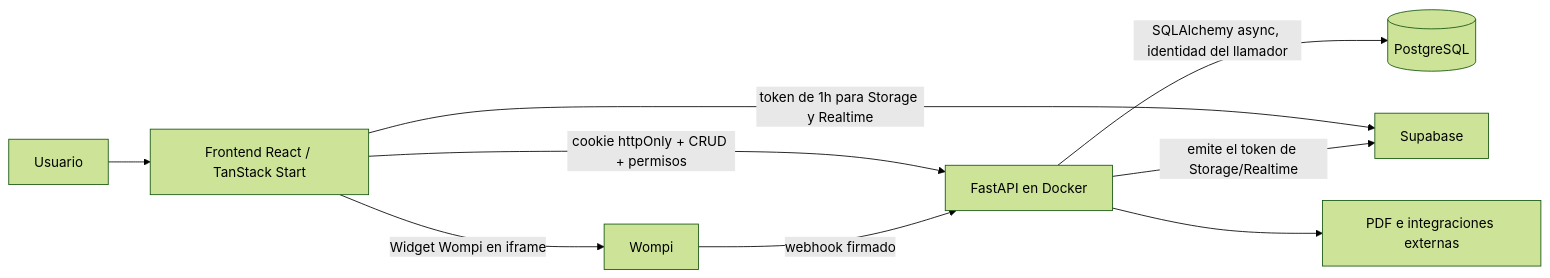
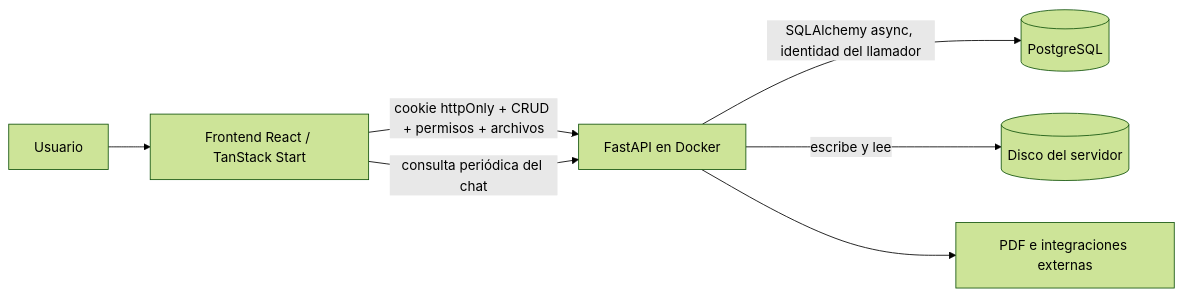
Before and after one commit to Uber830/lumen: the diagram in ARCHITECTURE.md, drawn with Mermaid (forest theme). The commit also changed other lines of this file and 7 other files, not shown here.

````diff
--- a/ARCHITECTURE.md
+++ b/ARCHITECTURE.md
@@ -109,11 +104,9 @@
 ```mermaid
 flowchart LR
     U[Usuario] --> F[Frontend React / TanStack Start]
-    F -->|cookie httpOnly + CRUD + permisos| B[FastAPI en Docker]
-    F -->|token de 1h para Storage y Realtime| S[Supabase]
-    F -->|Widget Wompi en iframe| W[Wompi]
+    F -->|cookie httpOnly + CRUD + permisos + archivos| B[FastAPI en Docker]
+    F -->|consulta periódica del chat| B
     B -->|SQLAlchemy async, identidad del llamador| P[(PostgreSQL)]
-    B -->|emite el token de Storage/Realtime| S
-    W -->|webhook firmado| B
+    B -->|escribe y lee| D[(Disco del servidor)]
     B --> R[PDF e integraciones externas]
 ```
````
